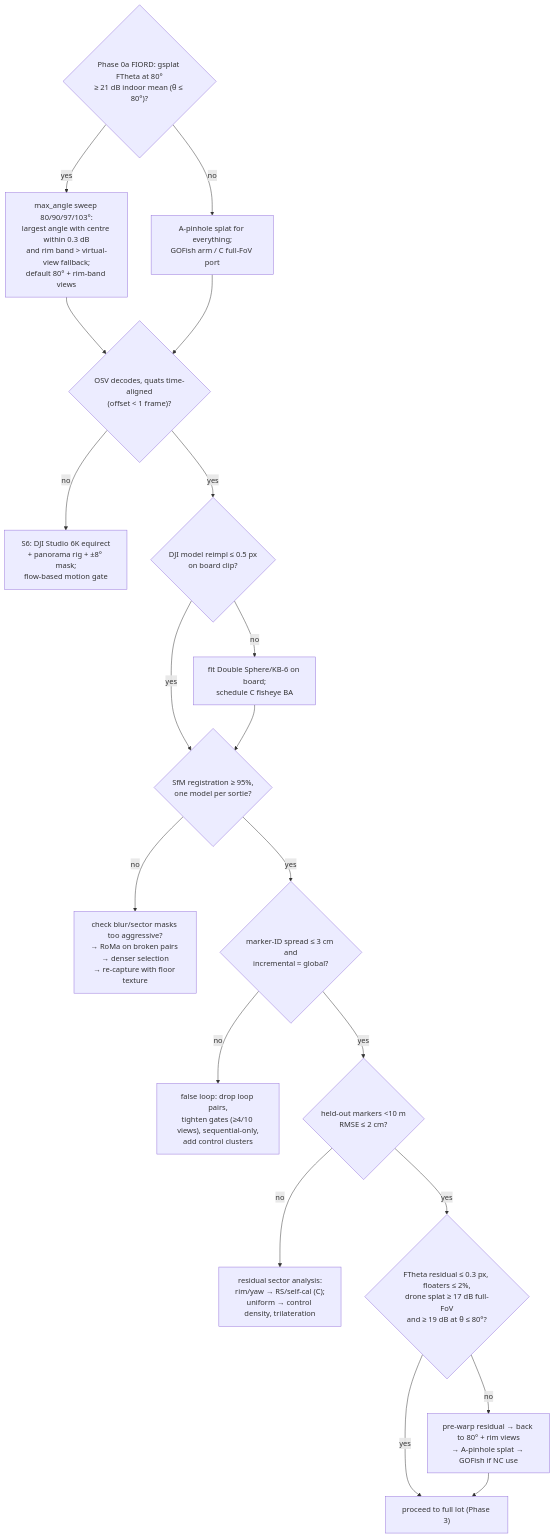
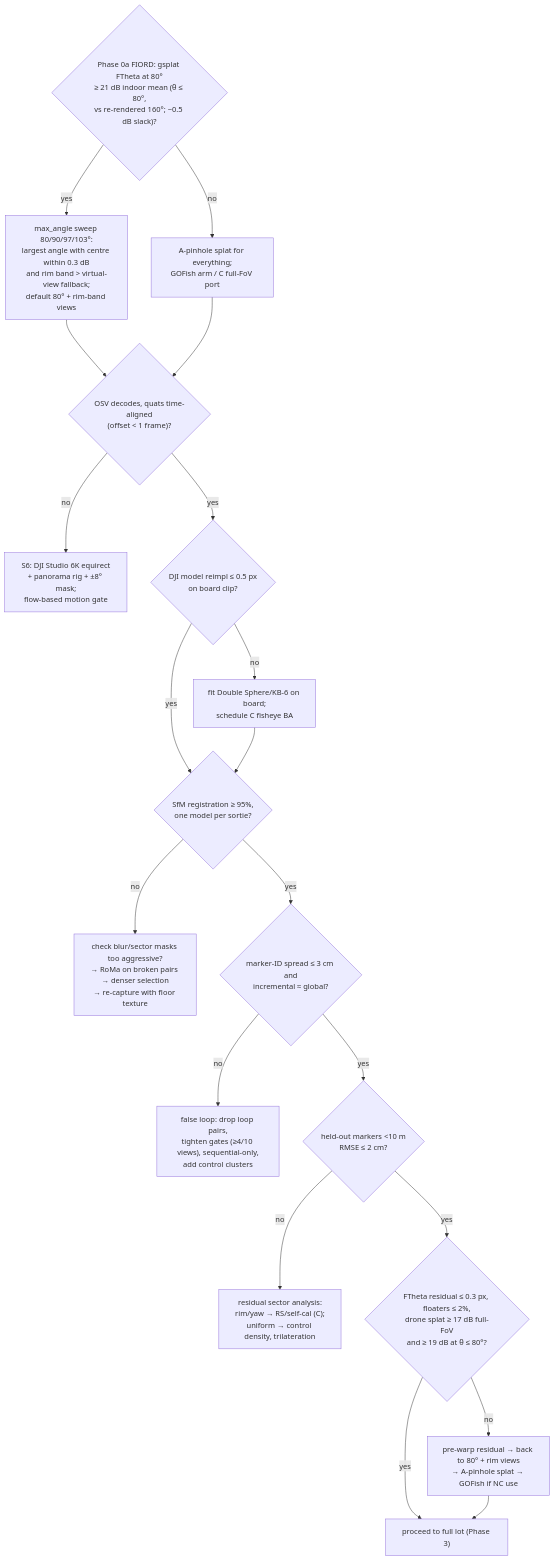
The fourth of 4 diagrams in research/A4_system_design.md (thelet/GeoFlight), drawn with Mermaid before and after one commit. The commit also changed other lines of this file and 6 other files, not shown here.

````diff
--- a/research/A4_system_design.md
+++ b/research/A4_system_design.md
@@ -447,21 +447,21 @@
 ```mermaid
 flowchart TD
-  P0{"Phase 0a FIORD: gsplat FTheta at 80°<br/>≥ 21 dB indoor mean (θ ≤ 80°)?"} -- no --> P1["A-pinhole splat for everything;<br/>GOFish arm / C full-FoV port"]
+  P0{"Phase 0a FIORD: gsplat FTheta at 80°<br/>≥ 21 dB indoor mean (θ ≤ 80°,<br/>vs re-rendered 160°; ~0.5 dB slack)?"} -- no --> P1["A-pinhole splat for everything;<br/>GOFish arm / C full-FoV port"]
   P0 -- yes --> P2["max_angle sweep 80/90/97/103°:<br/>largest angle with centre within 0.3 dB<br/>and rim band > virtual-view fallback;<br/>default 80° + rim-band views"]
   P2 --> A0
   P1 --> A0
   A0{"OSV decodes, quats time-aligned<br/>(offset < 1 frame)?"} -- no --> F1["S6: DJI Studio 6K equirect<br/>+ panorama rig + ±8° mask;<br/>flow-based motion gate"]
   A0 -- yes --> A1{"DJI model reimpl ≤ 0.5 px<br/>on board clip?"}
   A1 -- no --> F2["fit Double Sphere/KB-6 on board;<br/>schedule C fisheye BA"]
   A1 -- yes --> A2{"SfM registration ≥ 95%,<br/>one model per sortie?"}
   F2 --> A2
   A2 -- no --> F3["check blur/sector masks too aggressive?<br/>→ RoMa on broken pairs → denser selection<br/>→ re-capture with floor texture"]
   A2 -- yes --> A3{"marker-ID spread ≤ 3 cm and<br/>incremental ≈ global?"}
   A3 -- no --> F4["false loop: drop loop pairs,<br/>tighten gates (≥4/10 views), sequential-only,<br/>add control clusters"]
   A3 -- yes --> A4{"held-out markers <10 m<br/>RMSE ≤ 2 cm?"}
   A4 -- no --> F5["residual sector analysis:<br/>rim/yaw → RS/self-cal (C);<br/>uniform → control density, trilateration"]
   A4 -- yes --> A5{"FTheta residual ≤ 0.3 px, floaters ≤ 2%,<br/>drone splat ≥ 17 dB full-FoV<br/>and ≥ 19 dB at θ ≤ 80°?"}
   A5 -- no --> F6["pre-warp residual → back to 80° + rim views<br/>→ A-pinhole splat → GOFish if NC use"]
   A5 -- yes --> OK["proceed to full lot (Phase 3)"]
   F6 --> OK
 ```
````
